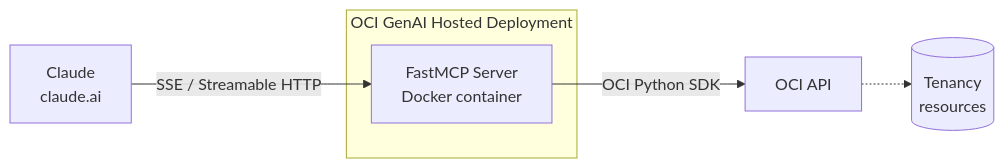
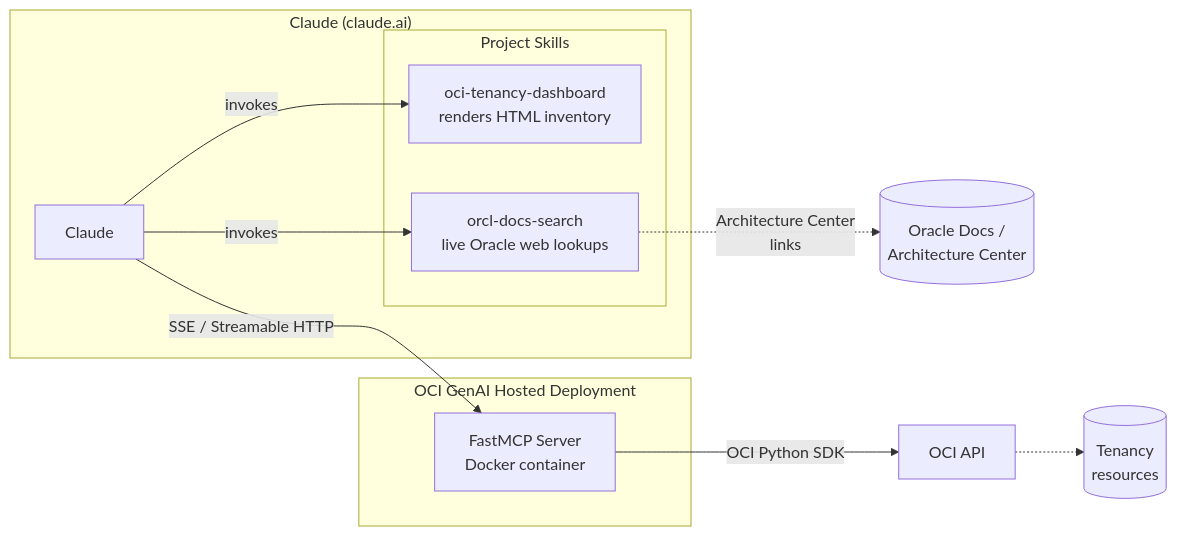
The diagram in README.md (aszynkow/oci_hosted_mcp), drawn with Mermaid before and after one commit.

Commit message:
init 1.0.3

````diff
--- a/README.md
+++ b/README.md
@@ -460,9 +460,19 @@
 ```mermaid
 flowchart LR
-    A[Claude<br/>claude.ai] -- SSE / Streamable HTTP --> B[FastMCP Server<br/>Docker container]
+    subgraph ClaudeSide["Claude (claude.ai)"]
+        A[Claude]
+        subgraph Skills["Project Skills"]
+            S1[oci-tenancy-dashboard<br/>renders HTML inventory]
+            S2[orcl-docs-search<br/>live Oracle web lookups]
+        end
+        A -- invokes --> S1
+        A -- invokes --> S2
+    end
+    A -- SSE / Streamable HTTP --> B[FastMCP Server<br/>Docker container]
+    S2 -. Architecture Center<br/>links .-> WEB[(Oracle Docs /<br/>Architecture Center)]
     B -- OCI Python SDK --> C[OCI API]
     subgraph Hosted["OCI GenAI Hosted Deployment"]
         B
     end
     C -.-> D[(Tenancy<br/>resources)]
 ```
````
